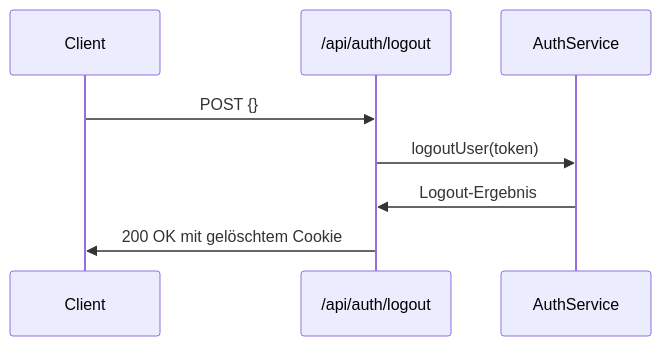
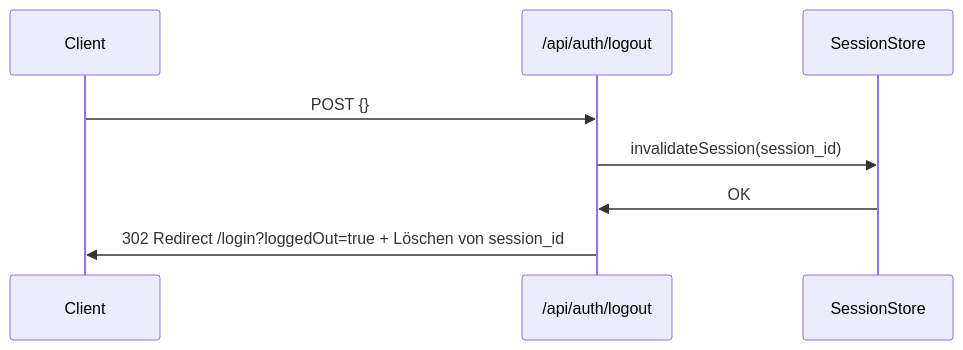
One commit to HubEvolution/EvolutionHub changed the fourth of 4 diagrams in docs/architecture/auth-flow.md. Above: the diagram before and after it, drawn with Mermaid. The commit also changed other lines of this file and 64 other files, not shown here.

````diff
--- a/docs/architecture/auth-flow.md
+++ b/docs/architecture/auth-flow.md
@@ -433,11 +258,11 @@
 ```mermaid
 sequenceDiagram
     participant Client
     participant LogoutAPI as /api/auth/logout
-    participant AuthService
+    participant SessionStore
 
     Client->>LogoutAPI: POST {}
-    LogoutAPI->>AuthService: logoutUser(token)
-    AuthService->>LogoutAPI: Logout-Ergebnis
-    LogoutAPI->>Client: 200 OK mit gelöschtem Cookie
+    LogoutAPI->>SessionStore: invalidateSession(session_id)
+    SessionStore->>LogoutAPI: OK
+    LogoutAPI->>Client: 302 Redirect /login?loggedOut=true + Löschen von session_id
 ```
````
